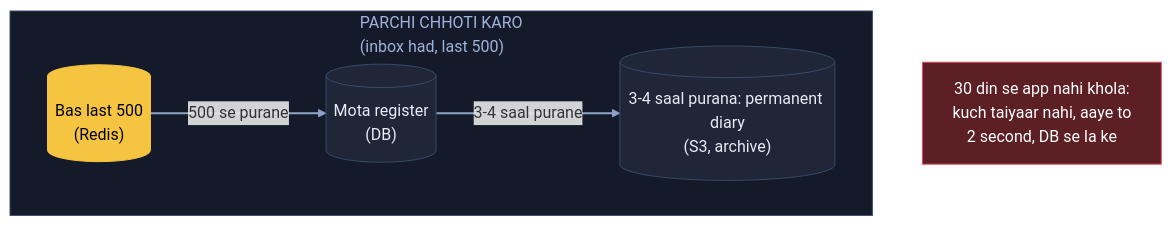
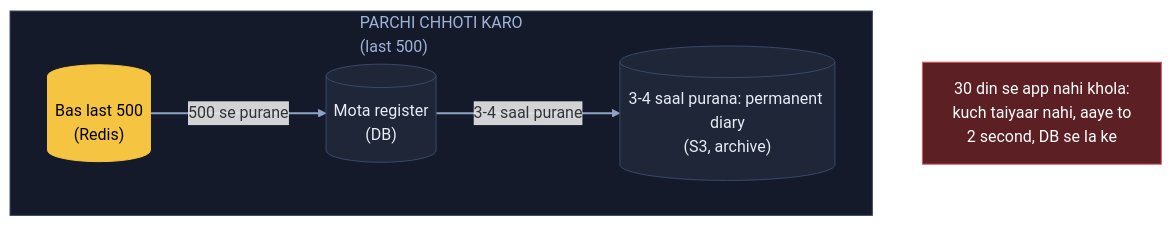
Before and after one commit to ArpanMaheshwari144/Prep: the sixth of 21 diagrams in 04_HLD/SYSTEM_DESIGNS/03_twitter_feed/03_twitter_feed.md, drawn with Mermaid. The commit also changed other lines of this file and 20 other files, not shown here.

Commit message:
Diagram: sirf hand notes wale naam rahe (66 apne joda naam hataye); README 22-Nov tak update

````diff
--- a/04_HLD/SYSTEM_DESIGNS/03_twitter_feed/03_twitter_feed.md
+++ b/04_HLD/SYSTEM_DESIGNS/03_twitter_feed/03_twitter_feed.md
@@ -263,17 +263,17 @@
 ```mermaid
 flowchart TB
-    subgraph PC["PARCHI CHHOTI KARO<br/>(inbox had, last 500)"]
+    subgraph PC["PARCHI CHHOTI KARO<br/>(last 500)"]
         IN[("Bas last 500<br/>(Redis)")]:::pill
         DB[("Mota register<br/>(DB)")]:::card
         S3[("3-4 saal purana: permanent diary<br/>(S3, archive)")]:::card
     end
     X["30 din se app nahi khola:<br/>kuch taiyaar nahi, aaye to<br/>2 second, DB se la ke"]:::bad
     IN -- "500 se purane" --> DB
     DB -- "3-4 saal purane" --> S3
     linkStyle default stroke:#8fa3c7,stroke-width:2px
     classDef card fill:#1e2638,stroke:#3a4a6b,color:#e8ecf5
     classDef pill fill:#f5c542,stroke:#f5c542,color:#000
     classDef good fill:#2e7d4f,stroke:#3fbf6f,color:#fff
     classDef bad fill:#5c1f24,stroke:#e05561,color:#fff
     style PC fill:#141a29,stroke:#3a4a6b,color:#9fb3d9
 ```
````
